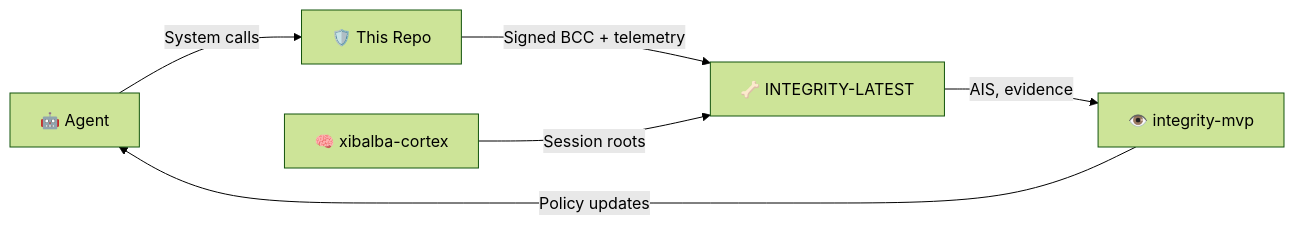
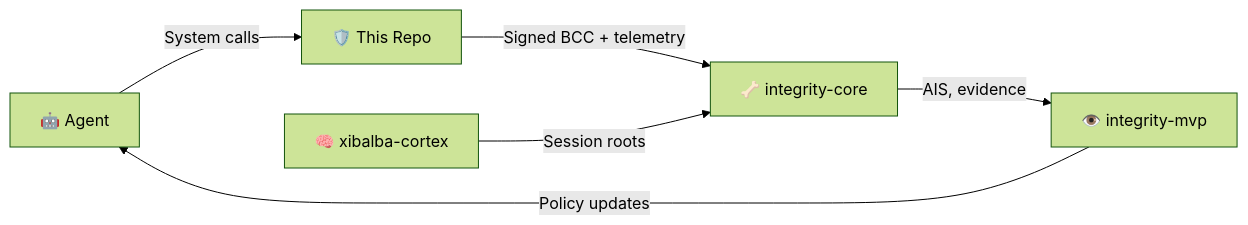
Before and after one commit to XibalbaTechSol/xibalba-shield: the diagram in SPECIFICATION.md, drawn with Mermaid (forest theme). The commit also changed other lines of this file and 31 other files, not shown here.

Commit message:
Add and document brand assets (logos, banners, favicons, open graph)

````diff
--- a/SPECIFICATION.md
+++ b/SPECIFICATION.md
@@ -57,8 +57,8 @@
 ```mermaid
 flowchart LR
     Agent["🤖 Agent"] -->|"System calls"| Immune["🛡️ This Repo"]
-    Immune -->|"Signed BCC + telemetry"| Backbone["🦴 INTEGRITY-LATEST"]
+    Immune -->|"Signed BCC + telemetry"| Backbone["🦴 integrity-core"]
     Brain["🧠 xibalba-cortex"] -->|"Session roots"| Backbone
     Backbone -->|"AIS, evidence"| Eyes["👁️ integrity-mvp"]
     Eyes -->|"Policy updates"| Agent
 ```
````
